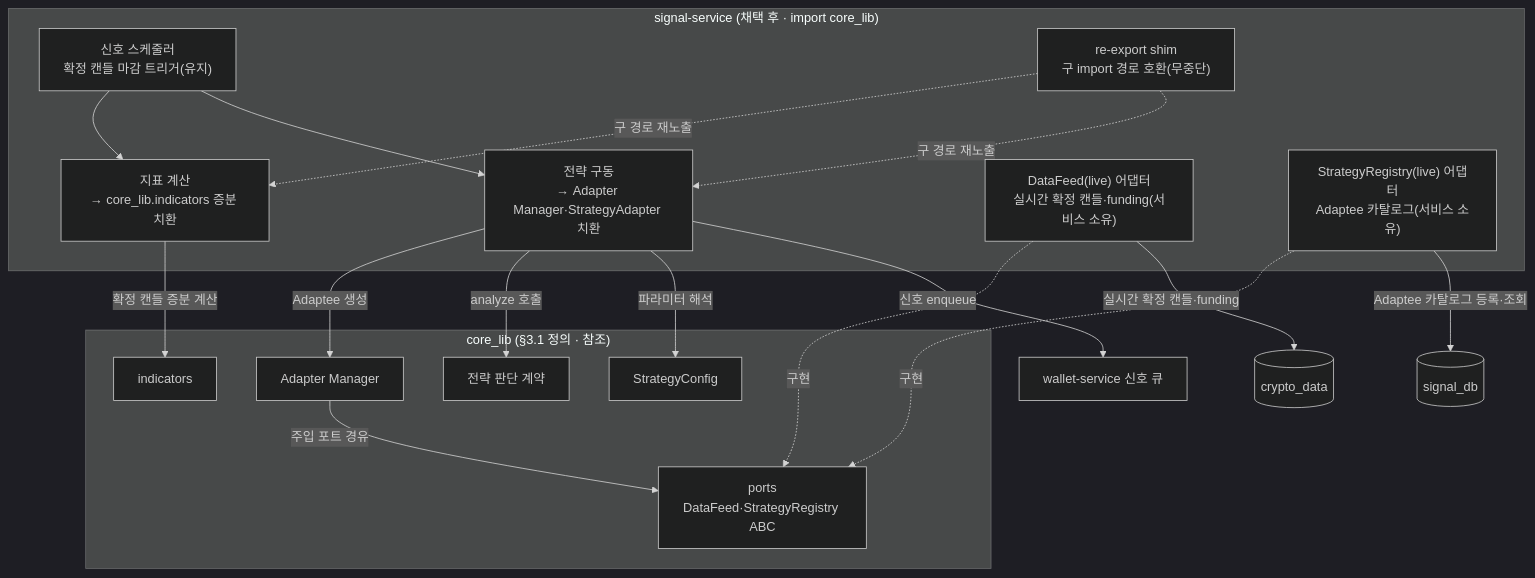
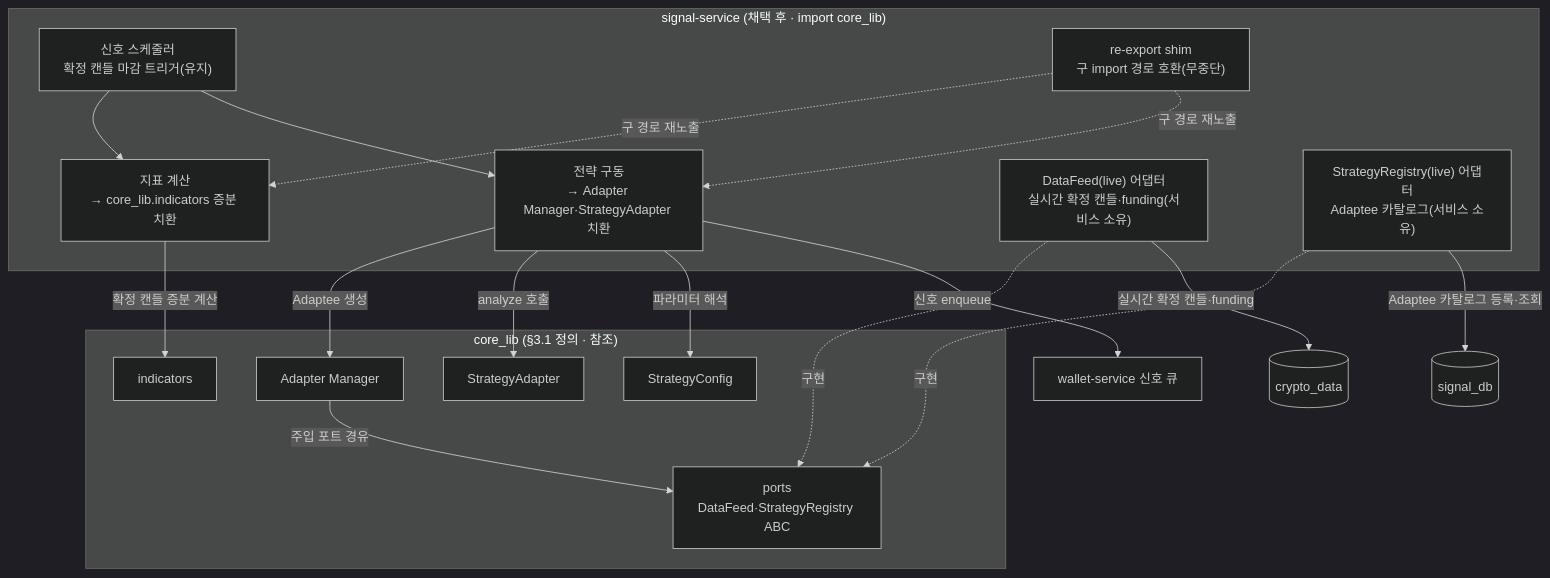
One commit to vessel35/trading-system-v2 changed the fifth of 17 diagrams in docs/fullspec/backtest_v2_detailed_design.md. Above: the diagram before and after it, drawn with Mermaid (dark theme). The commit also changed other lines of this file, not shown here.

````diff
--- a/docs/fullspec/backtest_v2_detailed_design.md
+++ b/docs/fullspec/backtest_v2_detailed_design.md
@@ -627,36 +682,36 @@
 ```mermaid
 flowchart TD
     subgraph SS["signal-service (채택 후 · import core_lib)"]
         SCHED["신호 스케줄러<br/>확정 캔들 마감 트리거(유지)"]
         SIND["지표 계산<br/>→ core_lib.indicators 증분 치환"]
         SSTR["전략 구동<br/>→ Adapter Manager·StrategyAdapter 치환"]
         SFEED["DataFeed(live) 어댑터<br/>실시간 확정 캔들·funding(서비스 소유)"]
         SREG["StrategyRegistry(live) 어댑터<br/>Adaptee 카탈로그(서비스 소유)"]
         SHIM["re-export shim<br/>구 import 경로 호환(무중단)"]
     end
     subgraph CLREF["core_lib (§3.1 정의 · 참조)"]
         RIND["indicators"]
         RMGR["Adapter Manager"]
-        RSTR["전략 판단 계약"]
+        RSTR["StrategyAdapter"]
         RCFG["StrategyConfig"]
         RPORT["ports<br/>DataFeed·StrategyRegistry ABC"]
     end
     CD[("crypto_data")]
     SDB[("signal_db")]
     WQ["wallet-service 신호 큐"]
 
     SCHED --> SIND
     SCHED --> SSTR
     SIND -->|확정 캔들 증분 계산| RIND
     SSTR -->|Adaptee 생성| RMGR
     SSTR -->|analyze 호출| RSTR
     SSTR -->|파라미터 해석| RCFG
     RMGR -->|주입 포트 경유| RPORT
     SFEED -.->|구현| RPORT
     SREG -.->|구현| RPORT
     SFEED -->|실시간 확정 캔들·funding| CD
     SREG -->|Adaptee 카탈로그 등록·조회| SDB
     SSTR -->|신호 enqueue| WQ
     SHIM -.->|구 경로 재노출| SIND
     SHIM -.->|구 경로 재노출| SSTR
 ```
````
